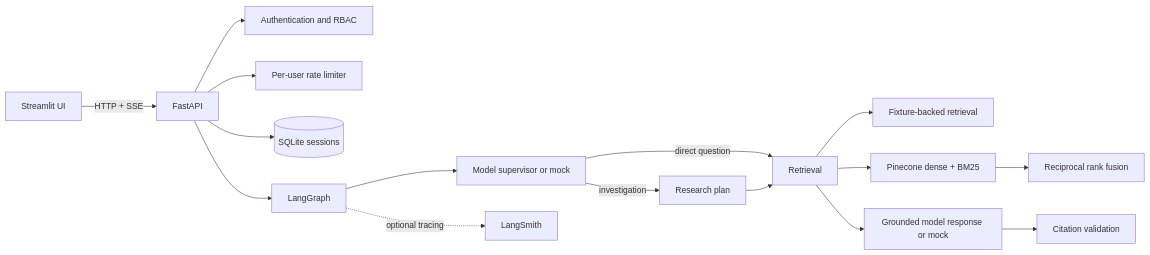
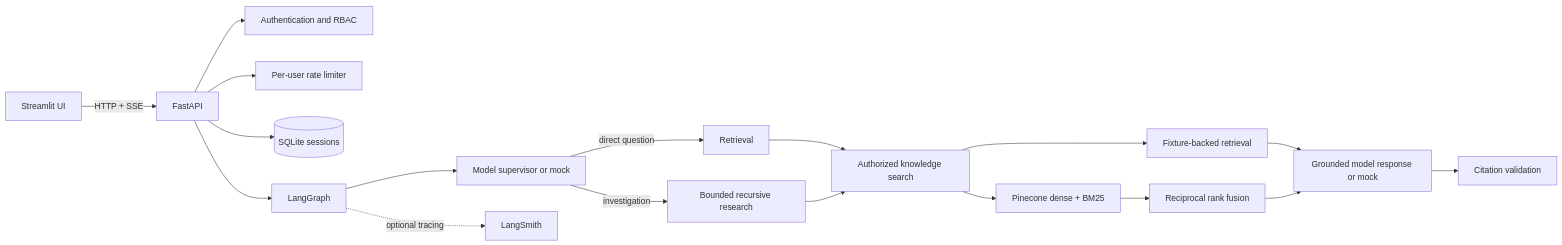
Before and after one commit to Thavarshan/enterprise-knowledge-assistant: the diagram in README.md, drawn with Mermaid. The commit also changed other lines of this file and 17 other files, not shown here.

Commit message:
feat: execute bounded recursive research

````diff
--- a/README.md
+++ b/README.md
@@ -7,18 +10,20 @@
 ```mermaid
 flowchart LR
     UI[Streamlit UI] -->|HTTP + SSE| API[FastAPI]
     API --> AUTH[Authentication and RBAC]
     API --> LIMIT[Per-user rate limiter]
     API --> MEM[(SQLite sessions)]
     API --> GRAPH[LangGraph]
     GRAPH --> SUP[Model supervisor or mock]
     SUP -->|direct question| RET[Retrieval]
-    SUP -->|investigation| RES[Research plan]
-    RES --> RET
-    RET --> MOCK[Fixture-backed retrieval]
-    RET --> HYBRID[Pinecone dense + BM25]
+    SUP -->|investigation| RES[Bounded recursive research]
+    RET --> TOOL[Authorized knowledge search]
+    RES --> TOOL
+    TOOL --> MOCK[Fixture-backed retrieval]
+    TOOL --> HYBRID[Pinecone dense + BM25]
     HYBRID --> RRF[Reciprocal rank fusion]
-    RET --> RESP[Grounded model response or mock]
+    MOCK --> RESP[Grounded model response or mock]
+    RRF --> RESP
     RESP --> VAL[Citation validation]
     GRAPH -. optional tracing .-> LS[LangSmith]
 ```
````
